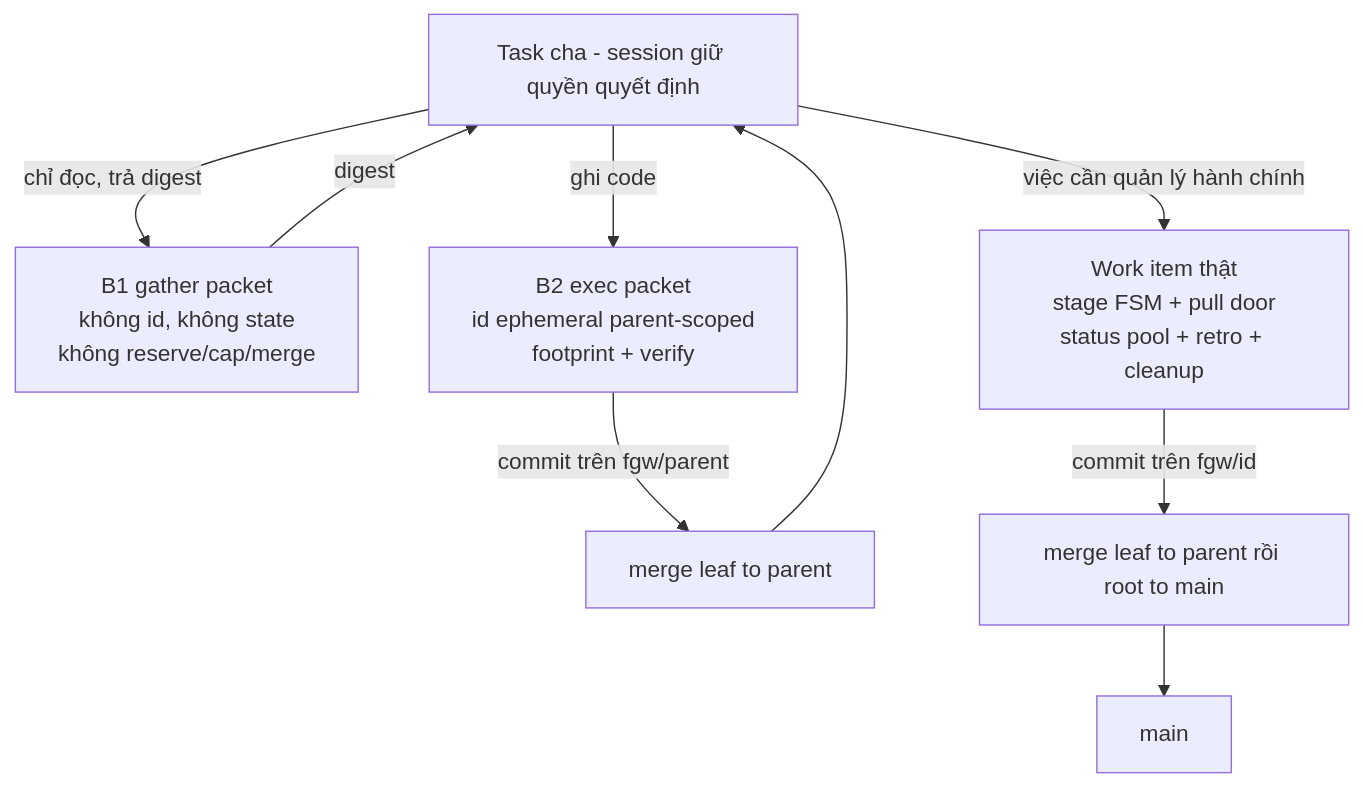
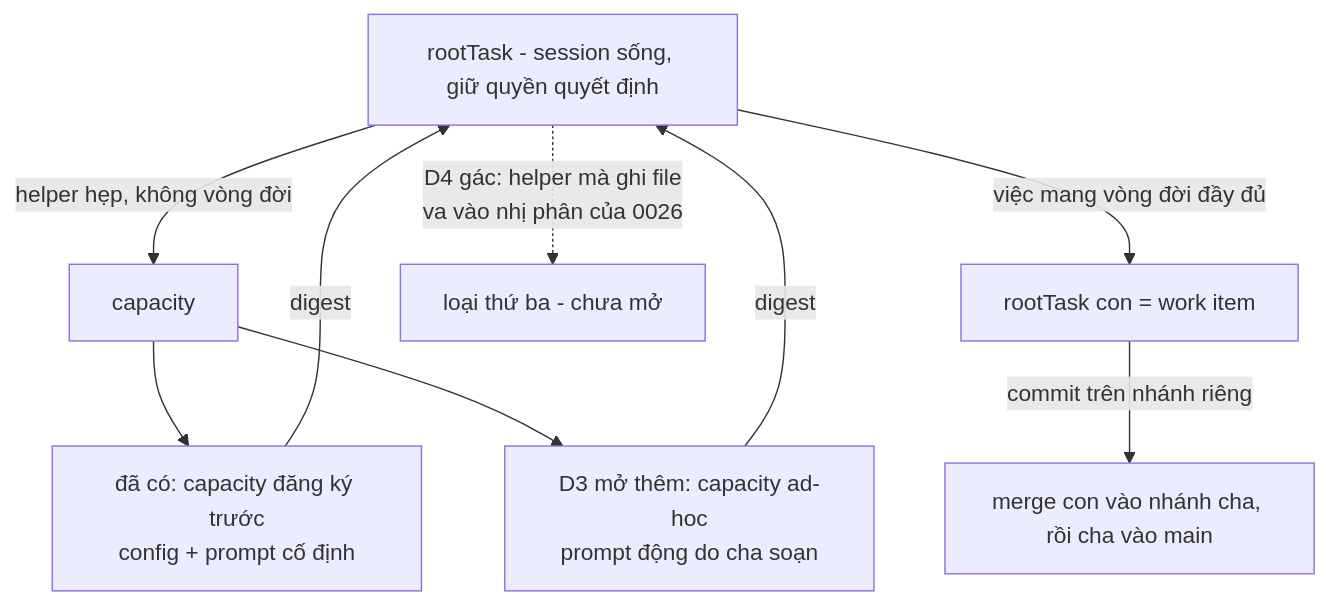
Before and after one commit to vantt/forgent: the diagram in docs/history/two-layer-dispatch/DISCUSSION.md, drawn with Mermaid. The commit also changed other lines of this file, not shown here.

````diff
--- a/docs/history/two-layer-dispatch/DISCUSSION.md
+++ b/docs/history/two-layer-dispatch/DISCUSSION.md
@@ -208,11 +252,12 @@
 ```mermaid
 flowchart TD
-    P[Task cha - session giữ quyền quyết định] -->|chỉ đọc, trả digest| B1[B1 gather packet<br/>không id, không state<br/>không reserve/cap/merge]
-    P -->|ghi code| B2[B2 exec packet<br/>id ephemeral parent-scoped<br/>footprint + verify]
-    P -->|việc cần quản lý hành chính| W[Work item thật<br/>stage FSM + pull door<br/>status pool + retro + cleanup]
-    B1 -->|digest| P
-    B2 -->|commit trên fgw/parent| M1[merge leaf to parent]
-    W -->|commit trên fgw/id| M2[merge leaf to parent rồi root to main]
-    M1 --> P
-    M2 --> MAIN[main]
+    P[rootTask - session sống, giữ quyền quyết định]
+    P -->|helper hẹp, không vòng đời| C[capacity]
+    P -->|việc mang vòng đời đầy đủ| W[rootTask con = work item]
+    C --> C1[đã có: capacity đăng ký trước<br/>config + prompt cố định]
+    C --> C2[D3 mở thêm: capacity ad-hoc<br/>prompt động do cha soạn]
+    C1 -->|digest| P
+    C2 -->|digest| P
+    W -->|commit trên nhánh riêng| M[merge con vào nhánh cha, rồi cha vào main]
+    P -.->|D4 gác: helper mà ghi file<br/>va vào nhị phân của 0026| X[loại thứ ba - chưa mở]
 ```
````
